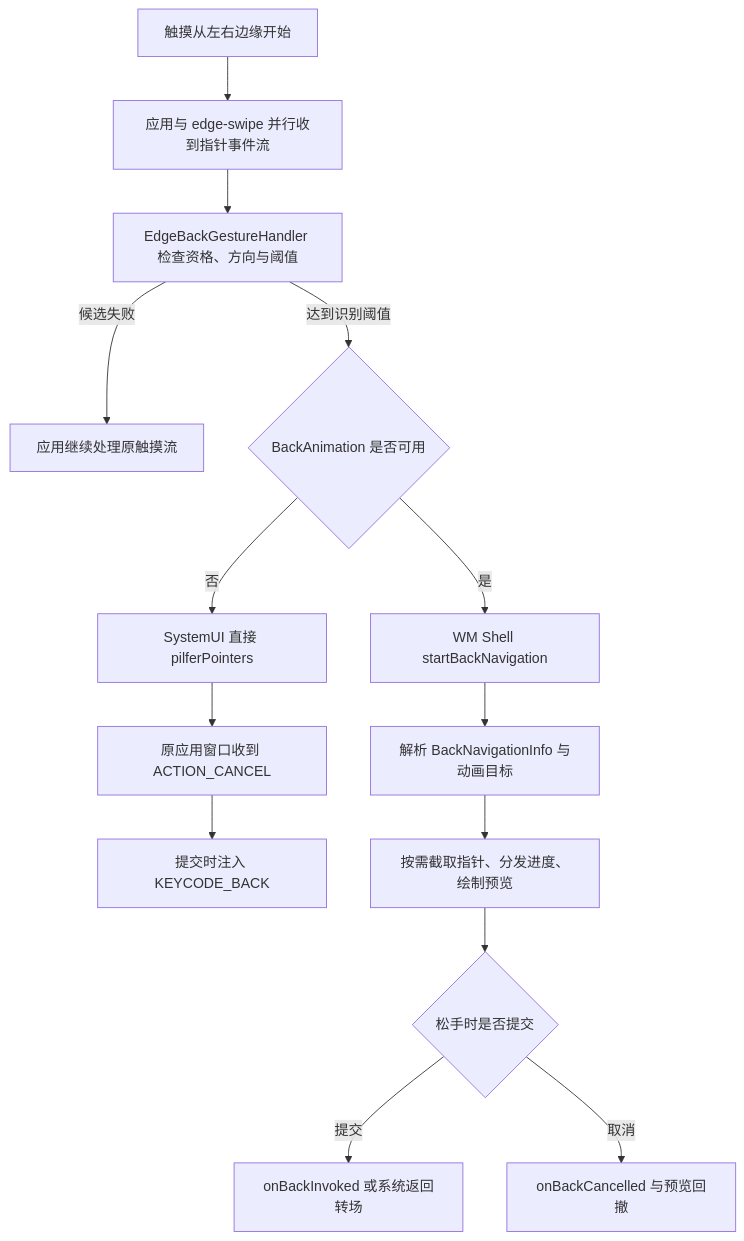
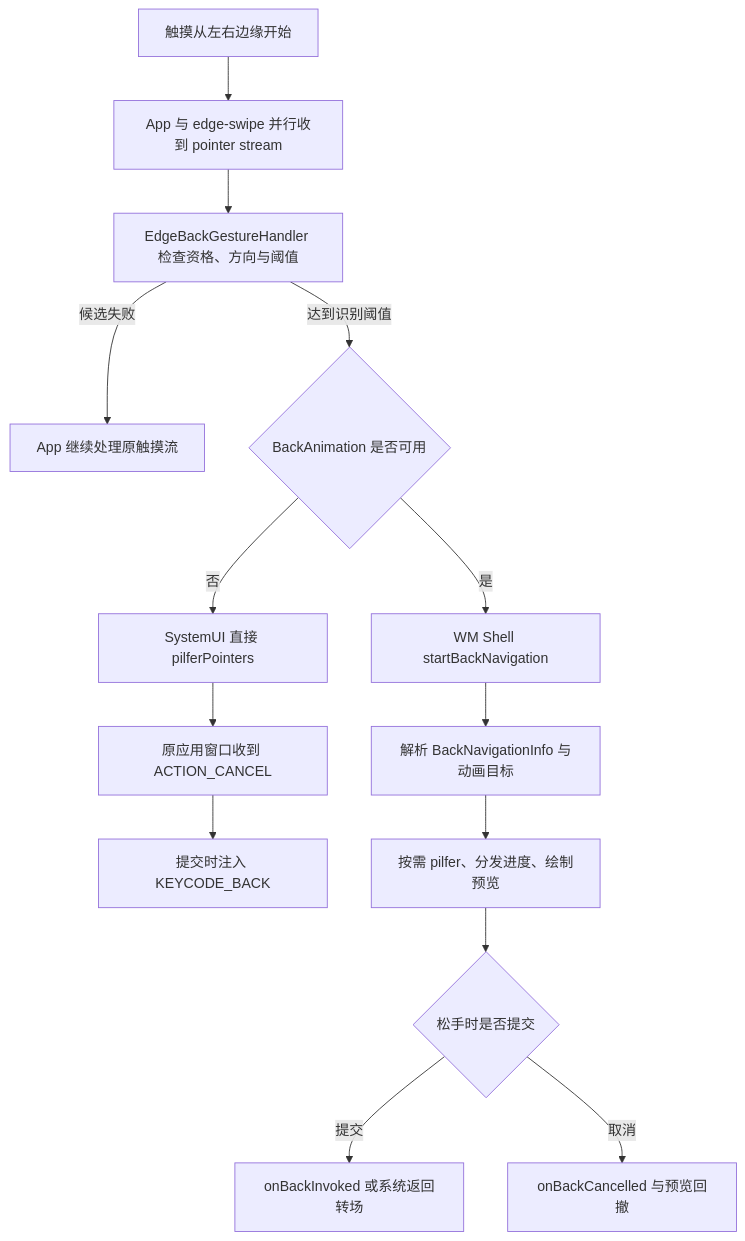
One commit to Gracker/android-internals-wiki changed the diagram in src/part1-fundamentals/ch03-input/03-gesture-navigation.md. Above: the diagram before and after it, drawn with Mermaid. The commit also changed other lines of this file and 4 other files, not shown here.

````diff
--- a/src/part1-fundamentals/ch03-input/03-gesture-navigation.md
+++ b/src/part1-fundamentals/ch03-input/03-gesture-navigation.md
@@ -121,16 +121,16 @@
 ```mermaid
 flowchart TD
-    A["触摸从左右边缘开始"] --> B["应用与 edge-swipe 并行收到指针事件流"]
+    A["触摸从左右边缘开始"] --> B["App 与 edge-swipe 并行收到 pointer stream"]
     B --> C["EdgeBackGestureHandler 检查资格、方向与阈值"]
-    C -->|候选失败| D["应用继续处理原触摸流"]
+    C -->|候选失败| D["App 继续处理原触摸流"]
     C -->|达到识别阈值| E{"BackAnimation 是否可用"}
     E -->|否| F["SystemUI 直接 pilferPointers"]
     F --> G["原应用窗口收到 ACTION_CANCEL"]
     G --> H["提交时注入 KEYCODE_BACK"]
     E -->|是| I["WM Shell startBackNavigation"]
     I --> J["解析 BackNavigationInfo 与动画目标"]
-    J --> K["按需截取指针、分发进度、绘制预览"]
+    J --> K["按需 pilfer、分发进度、绘制预览"]
     K --> L{"松手时是否提交"}
     L -->|提交| M["onBackInvoked 或系统返回转场"]
     L -->|取消| N["onBackCancelled 与预览回撤"]
 ```
````
